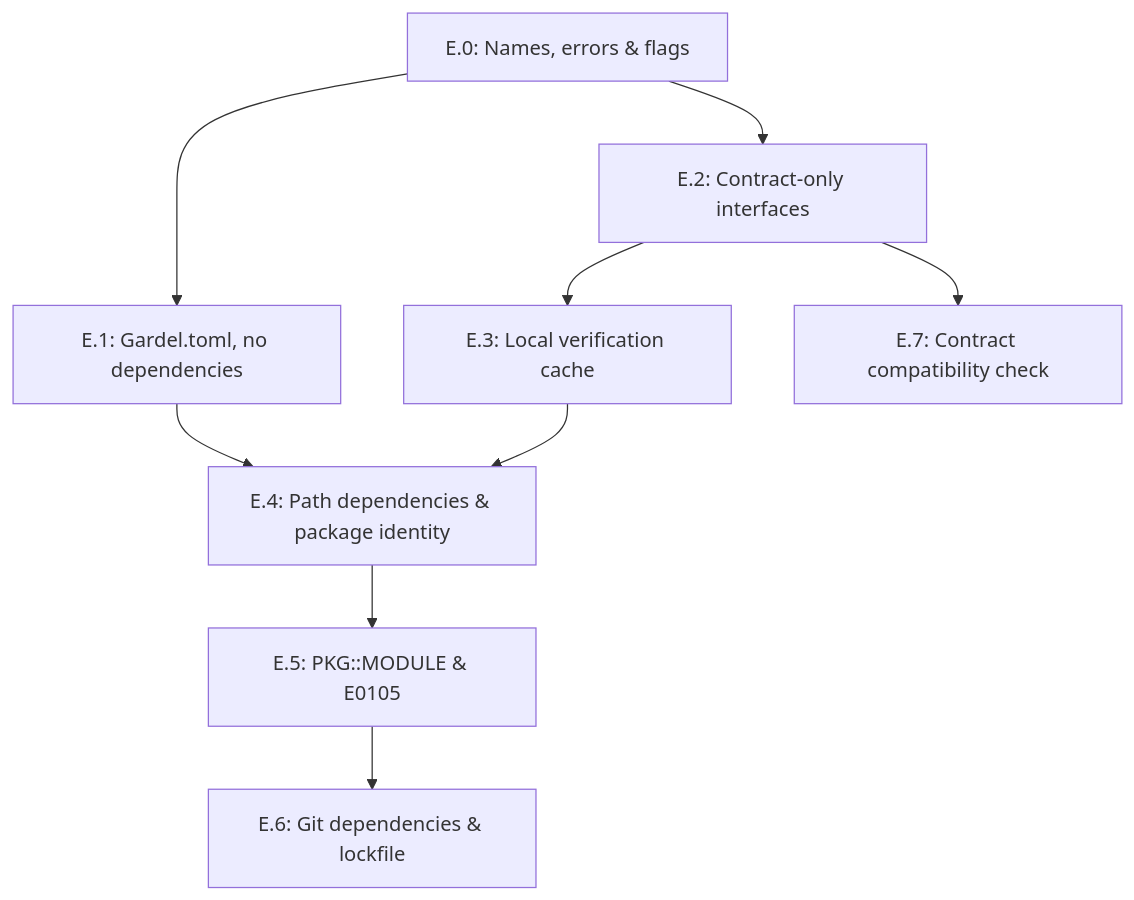
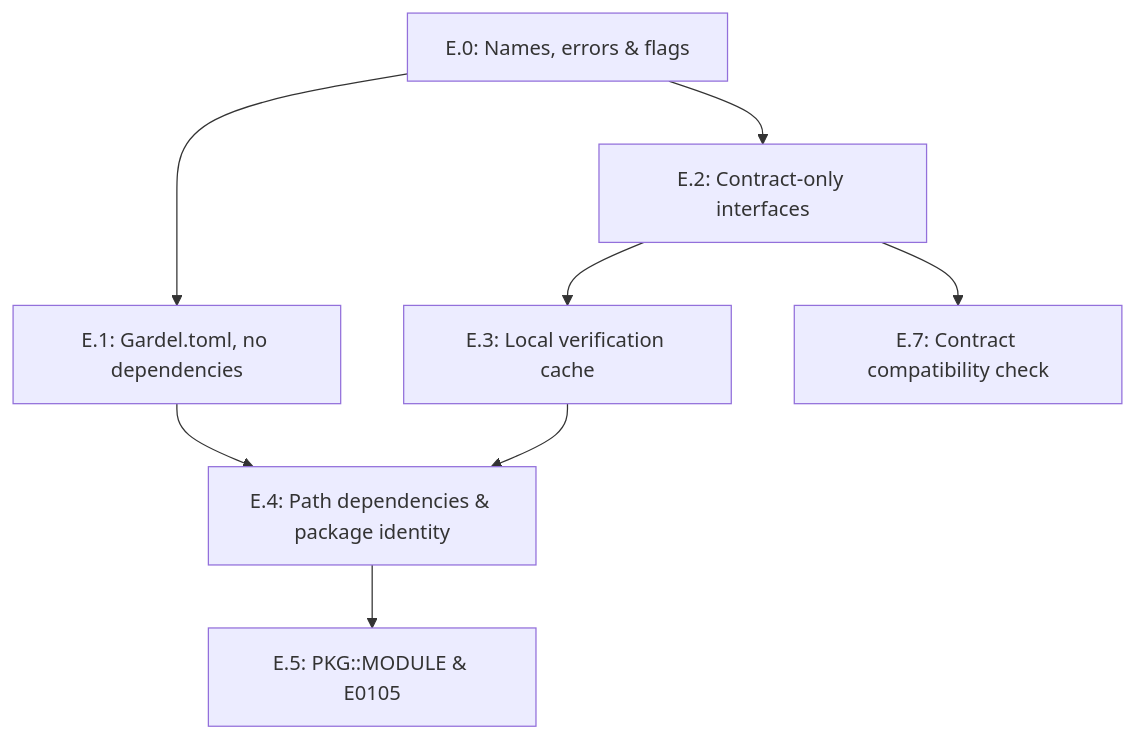
The third of 3 diagrams in plan/Roadmap.md (GardelPL/gardel), drawn with Mermaid before and after one commit. The commit also changed other lines of this file and 6 other files, not shown here.

Commit message:
Updated E.7 from Roadmap.

````diff
--- a/plan/Roadmap.md
+++ b/plan/Roadmap.md
@@ -687,14 +687,13 @@
 ```mermaid
 flowchart TD
     E0["E.0: Names, errors & flags"]
     E1["E.1: Gardel.toml, no dependencies"]
     E2["E.2: Contract-only interfaces"]
     E3["E.3: Local verification cache"]
     E4["E.4: Path dependencies & package identity"]
     E5["E.5: PKG::MODULE & E0105"]
-    E6["E.6: Git dependencies & lockfile"]
     E7["E.7: Contract compatibility check"]
     E0 --> E1 --> E4
-    E0 --> E2 --> E3 --> E4 --> E5 --> E6
+    E0 --> E2 --> E3 --> E4 --> E5
     E2 --> E7
 ```
````
